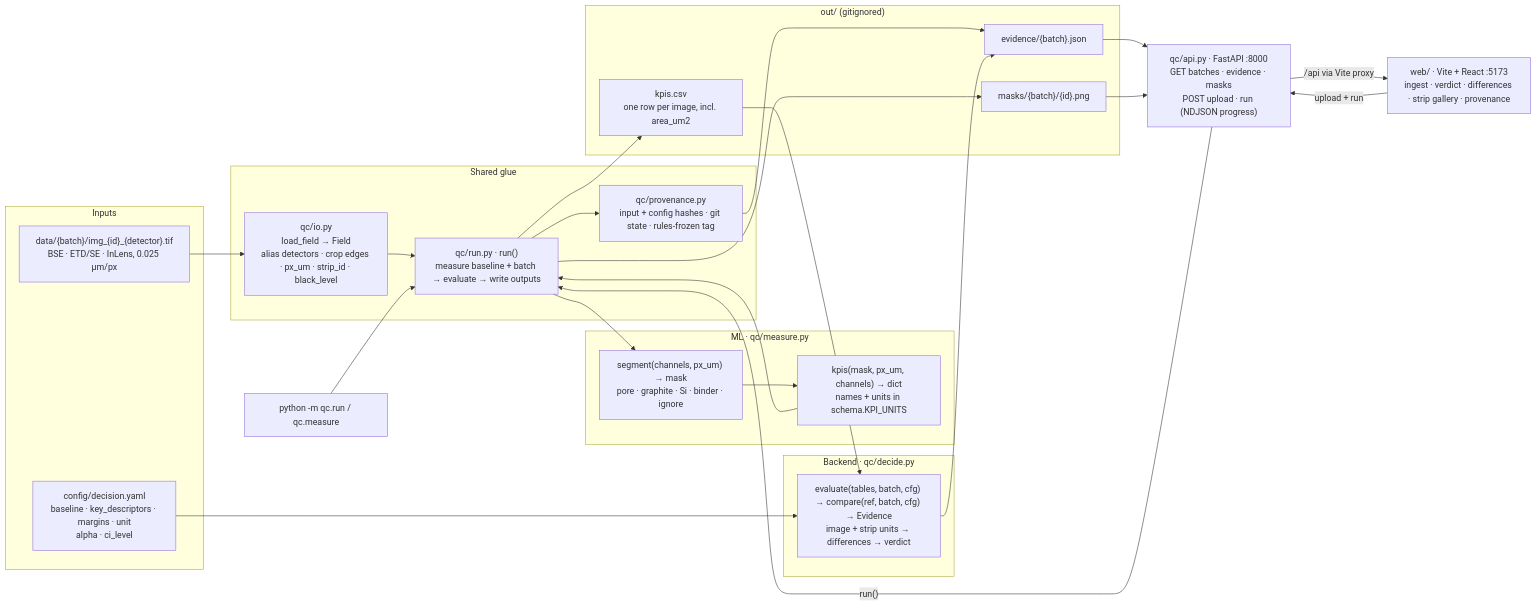
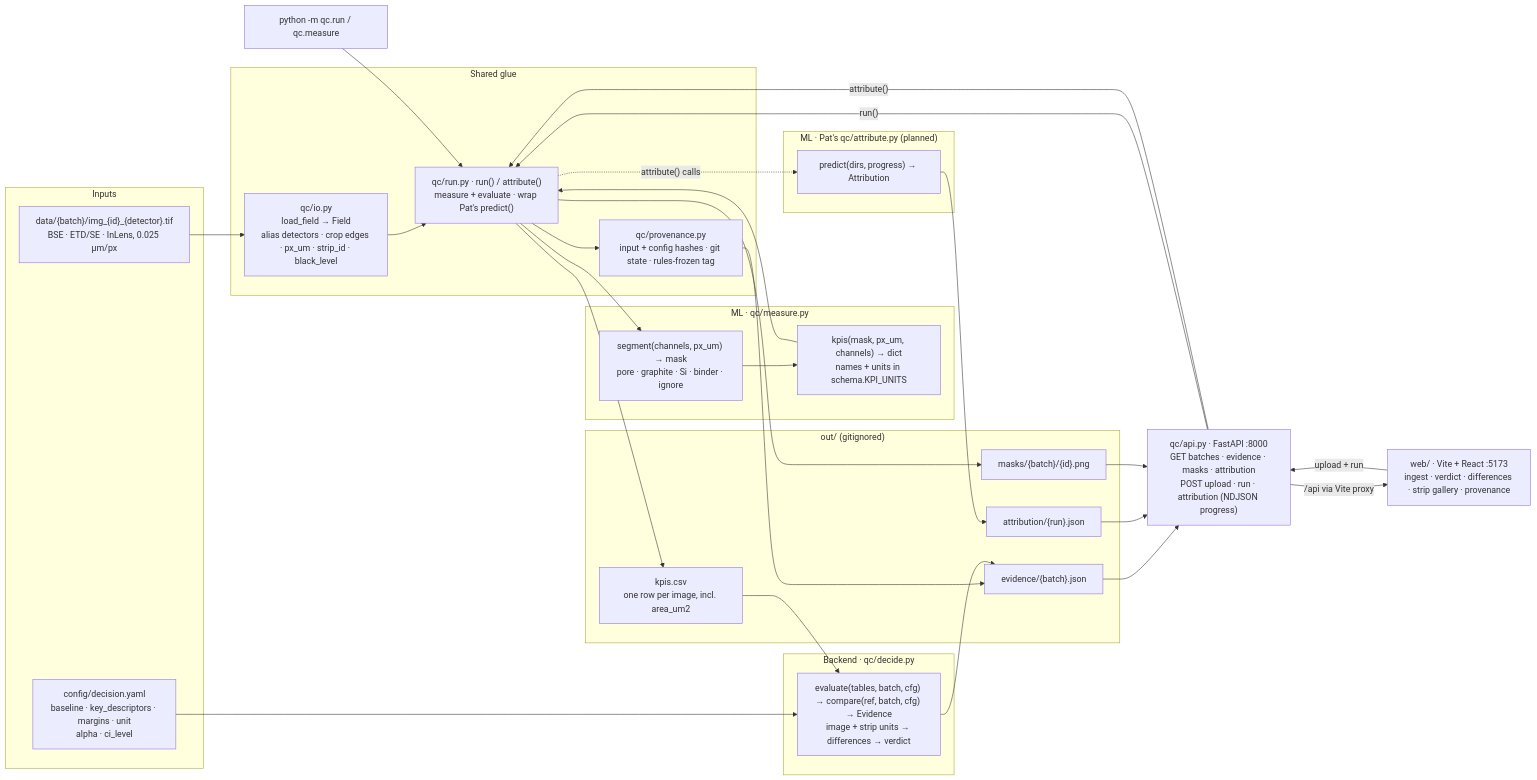
The diagram in README.md (batch-size-2/catalyst), drawn with Mermaid before and after one commit. The commit also changed other lines of this file and 8 other files, not shown here.

First line of the commit message:
Propose the Attribution contract for Pat's batch attribution and wrap it in run.attribute() and the API.

````diff
--- a/README.md
+++ b/README.md
@@ -43,46 +43,54 @@
 ```mermaid
 flowchart LR
   subgraph IN["Inputs"]
     D["data/{batch}/img_{id}_{detector}.tif<br/>BSE · ETD/SE · InLens, 0.025 µm/px"]
     CFG["config/decision.yaml<br/>baseline · key_descriptors · margins · unit<br/>alpha · ci_level"]
   end
 
   subgraph GLUE["Shared glue"]
     IO["qc/io.py<br/>load_field → Field<br/>alias detectors · crop edges · px_um · strip_id · black_level"]
-    RUN["qc/run.py · run()<br/>measure baseline + batch → evaluate → write outputs"]
+    RUN["qc/run.py · run() / attribute()<br/>measure + evaluate · wrap Pat's predict()"]
     PROV["qc/provenance.py<br/>input + config hashes · git state · rules-frozen tag"]
   end
 
   subgraph ML["ML · qc/measure.py"]
     SEG["segment(channels, px_um) → mask<br/>pore · graphite · Si · binder · ignore"]
     KPI["kpis(mask, px_um, channels) → dict<br/>names + units in schema.KPI_UNITS"]
+  end
+
+  subgraph ATTRIB["ML · Pat's qc/attribute.py (planned)"]
+    PREDICT["predict(dirs, progress) → Attribution"]
   end
 
   subgraph BE["Backend · qc/decide.py"]
     J["evaluate(tables, batch, cfg) → compare(ref, batch, cfg) → Evidence<br/>image + strip units → differences → verdict"]
   end
 
   subgraph OUT["out/ (gitignored)"]
     T["kpis.csv<br/>one row per image, incl. area_um2"]
     E["evidence/{batch}.json"]
+    A["attribution/{run}.json"]
     P["masks/{batch}/{id}.png"]
   end
 
-  API["qc/api.py · FastAPI :8000<br/>GET batches · evidence · masks<br/>POST upload · run (NDJSON progress)"]
+  API["qc/api.py · FastAPI :8000<br/>GET batches · evidence · masks · attribution<br/>POST upload · run · attribution (NDJSON progress)"]
   WEB["web/ · Vite + React :5173<br/>ingest · verdict · differences · strip gallery · provenance"]
   CLI["python -m qc.run / qc.measure"]
 
   D --> IO --> RUN
   RUN --> SEG --> KPI --> RUN
+  RUN -. "attribute() calls" .-> PREDICT --> A
   RUN --> T --> J
   CFG --> J
   RUN --> P
   RUN --> PROV --> E
   J --> E
   E --> API
+  A --> API
   P --> API
   API -- "/api via Vite proxy" --> WEB
   WEB -- "upload + run" --> API
   API -- "run()" --> RUN
+  API -- "attribute()" --> RUN
   CLI --> RUN
 ```
````
